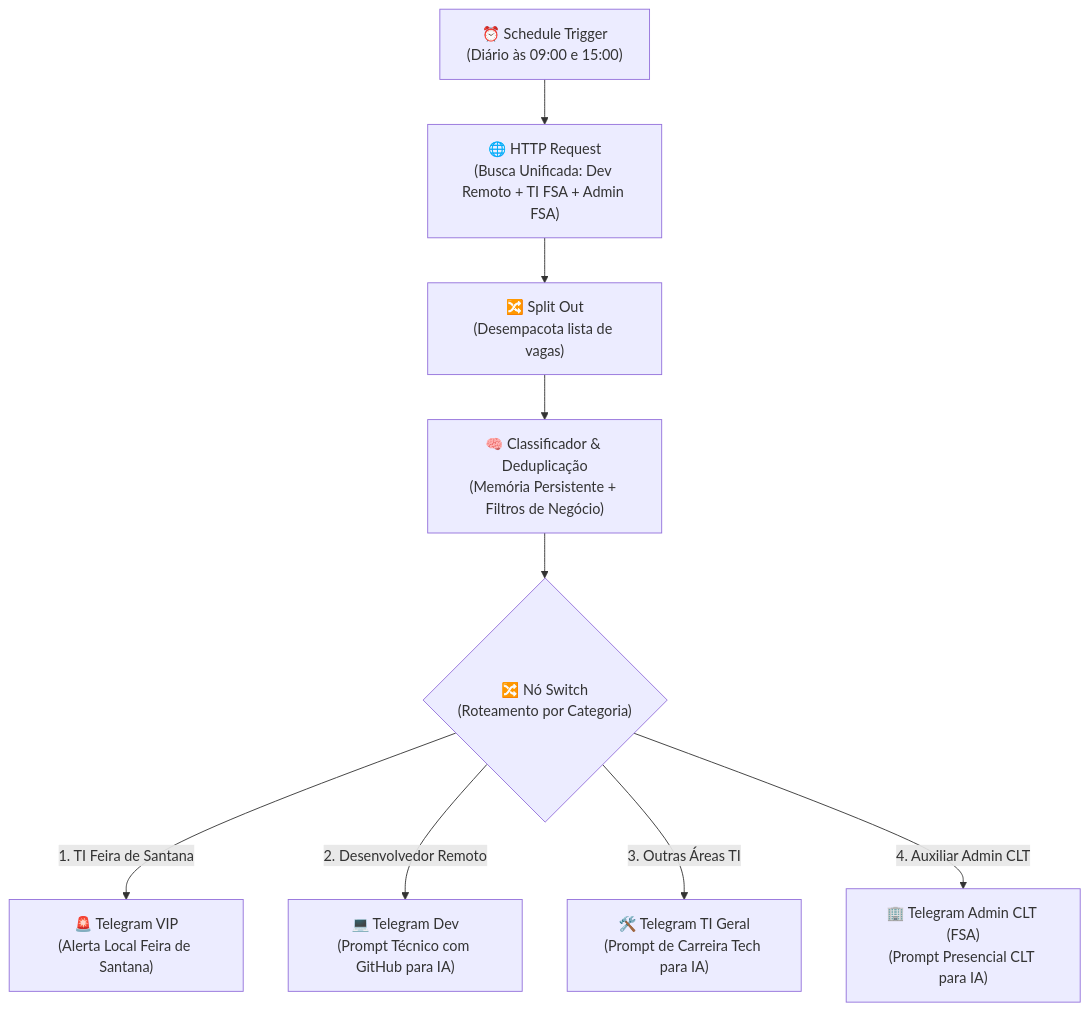
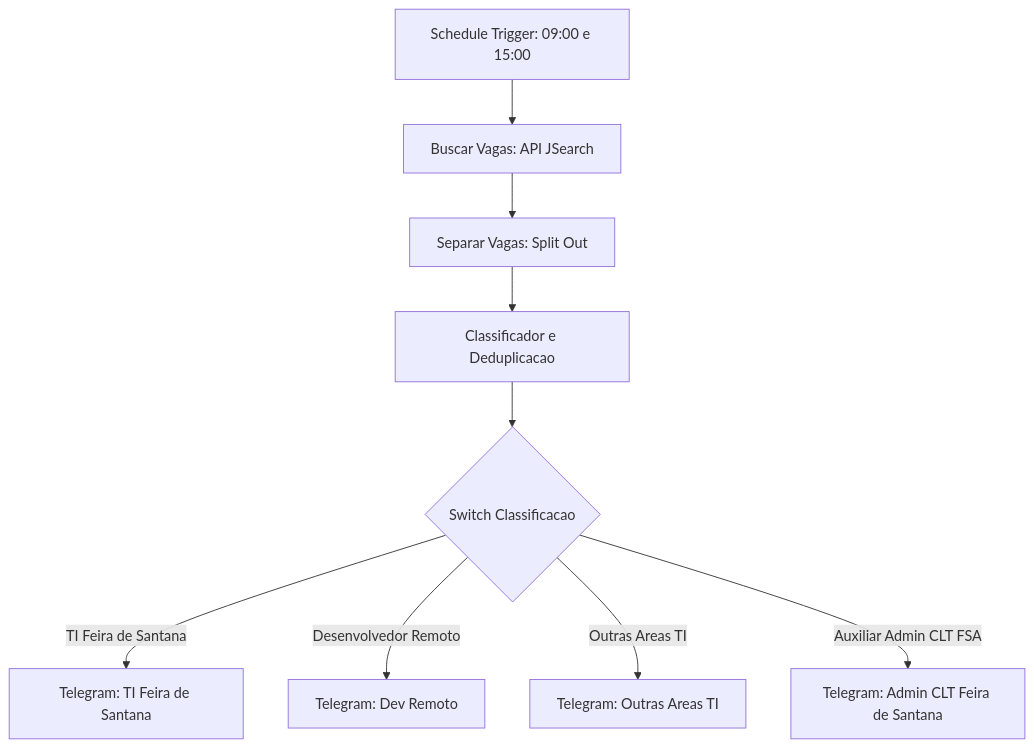
The diagram in README.md (Jntgirardi/monitor-de-vagas-n8n), drawn with Mermaid before and after one commit. The commit also changed other lines of this file and 1 other file, not shown here.

Commit message:
refactor: remove emojis e simplifica documentacao e textos para padrao profissional

````diff
--- a/README.md
+++ b/README.md
@@ -14,15 +7,12 @@
 ```mermaid
 flowchart TD
-    Schedule["⏰ Schedule Trigger<br>(Diário às 09:00 e 15:00)"] --> Fetch["🌐 HTTP Request<br>(Busca Unificada: Dev Remoto + TI FSA + Admin FSA)"]
-    Fetch --> Split["🔀 Split Out<br>(Desempacota lista de vagas)"]
-    Split --> Classifier["🧠 Classificador & Deduplicação<br>(Memória Persistente + Filtros de Negócio)"]
+    Schedule["Schedule Trigger: 09:00 e 15:00"] --> Fetch["Buscar Vagas: API JSearch"]
+    Fetch --> Split["Separar Vagas: Split Out"]
+    Split --> Classifier["Classificador e Deduplicacao"]
+    Classifier --> Switch{"Switch Classificacao"}
     
-    %% NÓ SWITCH COM 4 RAMOS
-    Classifier --> Switch{"🔀 Nó Switch<br>(Roteamento por Categoria)"}
-    
-    %% OS 4 RAMOS
-    Switch -->|1. TI Feira de Santana| TG1["🚨 Telegram VIP<br>(Alerta Local Feira de Santana)"]
-    Switch -->|2. Desenvolvedor Remoto| TG2["💻 Telegram Dev<br>(Prompt Técnico com GitHub para IA)"]
-    Switch -->|3. Outras Áreas TI| TG3["🛠️ Telegram TI Geral<br>(Prompt de Carreira Tech para IA)"]
-    Switch -->|4. Auxiliar Admin CLT| TG4["🏢 Telegram Admin CLT (FSA)<br>(Prompt Presencial CLT para IA)"]
+    Switch -->|TI Feira de Santana| TG1["Telegram: TI Feira de Santana"]
+    Switch -->|Desenvolvedor Remoto| TG2["Telegram: Dev Remoto"]
+    Switch -->|Outras Areas TI| TG3["Telegram: Outras Areas TI"]
+    Switch -->|Auxiliar Admin CLT FSA| TG4["Telegram: Admin CLT Feira de Santana"]
 ```
````
